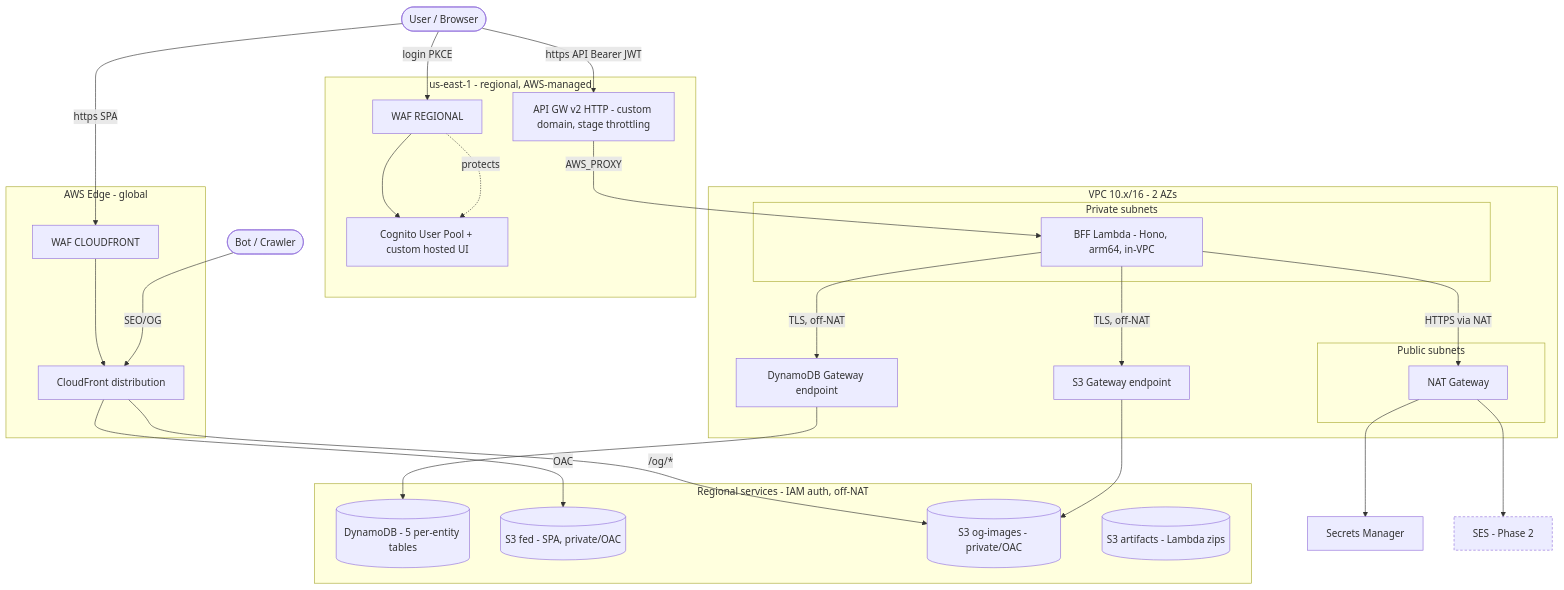
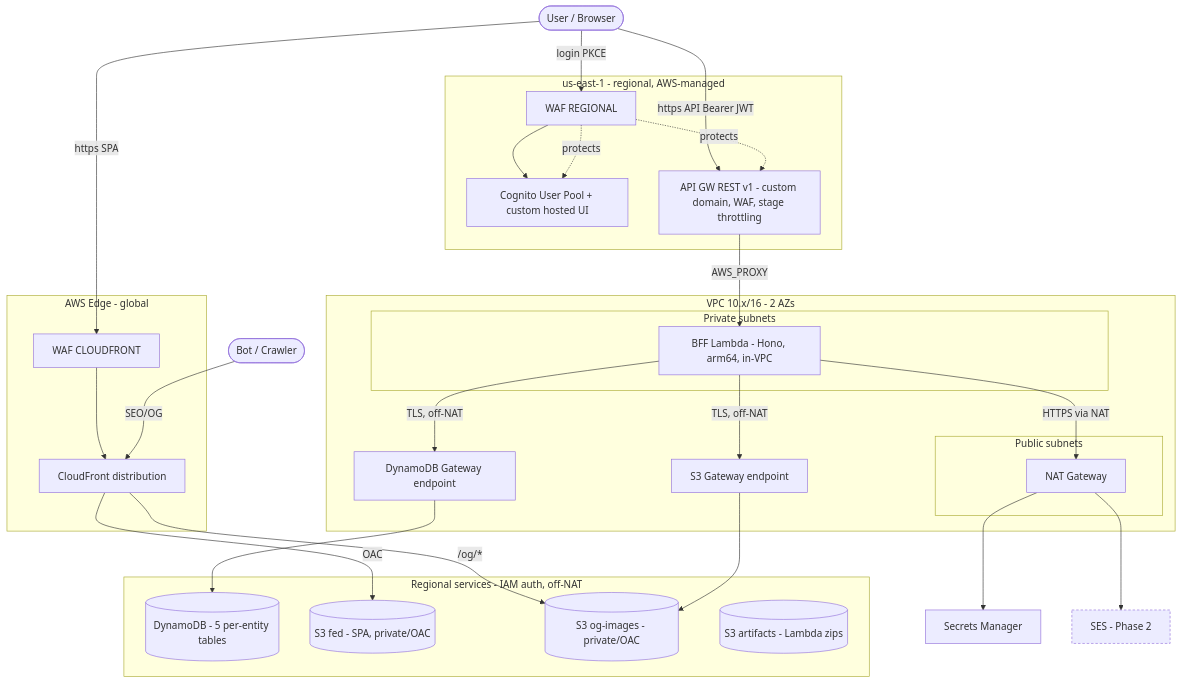
Before and after one commit to tedeuxx/tadeumendonca-iac: the first of 2 diagrams in docs/architecture.md, drawn with Mermaid. The commit also changed other lines of this file, not shown here.

Commit message:
docs: architecture.md — reflect REST API (was HTTP) + WAF on the API stage

````diff
--- a/docs/architecture.md
+++ b/docs/architecture.md
@@ -9,54 +9,55 @@
 ```mermaid
 flowchart TD
   user([User / Browser])
   bot([Bot / Crawler])
 
   subgraph edge[AWS Edge - global]
     cfwaf[WAF CLOUDFRONT]
     cf[CloudFront distribution]
   end
 
   subgraph regional[us-east-1 - regional, AWS-managed]
     rwaf[WAF REGIONAL]
     cognito[Cognito User Pool + custom hosted UI]
-    apigw[API GW v2 HTTP - custom domain, stage throttling]
+    apigw[API GW REST v1 - custom domain, WAF, stage throttling]
   end
 
   subgraph vpc[VPC 10.x/16 - 2 AZs]
     subgraph public[Public subnets]
       nat[NAT Gateway]
     end
     subgraph private[Private subnets]
       bff[BFF Lambda - Hono, arm64, in-VPC]
     end
     s3gw[S3 Gateway endpoint]
     ddbgw[DynamoDB Gateway endpoint]
   end
 
   subgraph data[Regional services - IAM auth, off-NAT]
     ddb[(DynamoDB - 5 per-entity tables)]
     s3fed[(S3 fed - SPA, private/OAC)]
     s3og[(S3 og-images - private/OAC)]
     s3art[(S3 artifacts - Lambda zips)]
   end
 
   sm[Secrets Manager]
   ses[SES - Phase 2]
 
   user -->|https SPA| cfwaf --> cf
   cf -->|OAC| s3fed
   cf -->|/og/*| s3og
   user -->|https API Bearer JWT| apigw
   bot -->|SEO/OG| cf
   user -->|login PKCE| rwaf --> cognito
 
   apigw -->|AWS_PROXY| bff
   bff -->|TLS, off-NAT| ddbgw --> ddb
   bff -->|TLS, off-NAT| s3gw --> s3og
   bff -->|HTTPS via NAT| nat --> sm
   nat --> ses
   rwaf -.protects.-> cognito
+  rwaf -.protects.-> apigw
 
   classDef phase2 stroke-dasharray: 4 3;
   class ses phase2;
 ```
````
